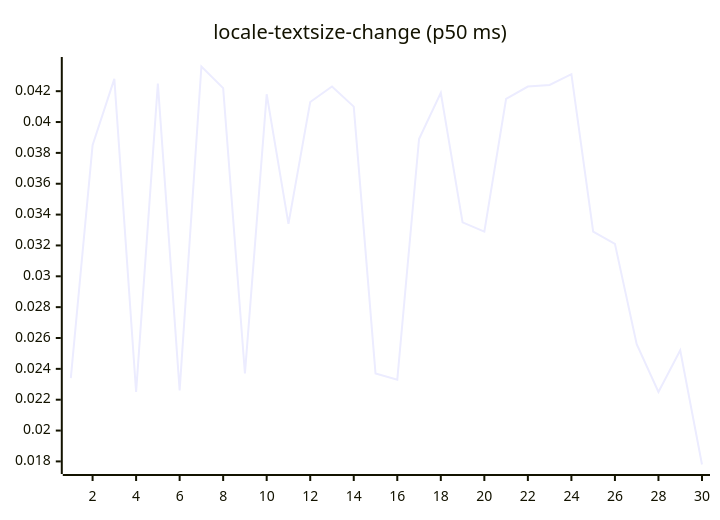
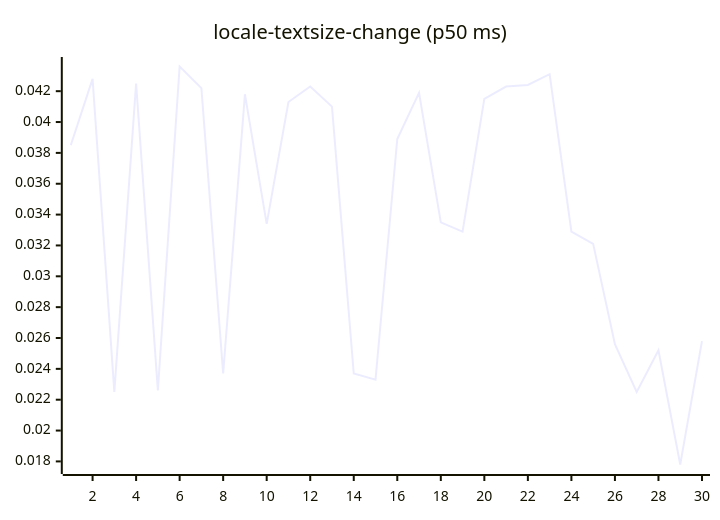
Before and after one commit to josha/Facet: diagram 13 of 27 in README.md, drawn with Mermaid. The commit also changed other lines of this file and 2 other files, not shown here.

````diff
--- a/README.md
+++ b/README.md
@@ -147,6 +147,6 @@
 ```mermaid
 xychart-beta
     title "locale-textsize-change (p50 ms)"
     x-axis 1 --> 30
-    line [0.0234, 0.0385, 0.0428, 0.0225, 0.0425, 0.0226, 0.0436, 0.0422, 0.0237, 0.0418, 0.0334, 0.0413, 0.0423, 0.0410, 0.0237, 0.0233, 0.0389, 0.0419, 0.0335, 0.0329, 0.0415, 0.0423, 0.0424, 0.0431, 0.0329, 0.0321, 0.0256, 0.0225, 0.0252, 0.0178]
+    line [0.0385, 0.0428, 0.0225, 0.0425, 0.0226, 0.0436, 0.0422, 0.0237, 0.0418, 0.0334, 0.0413, 0.0423, 0.0410, 0.0237, 0.0233, 0.0389, 0.0419, 0.0335, 0.0329, 0.0415, 0.0423, 0.0424, 0.0431, 0.0329, 0.0321, 0.0256, 0.0225, 0.0252, 0.0178, 0.0258]
 ```
````
